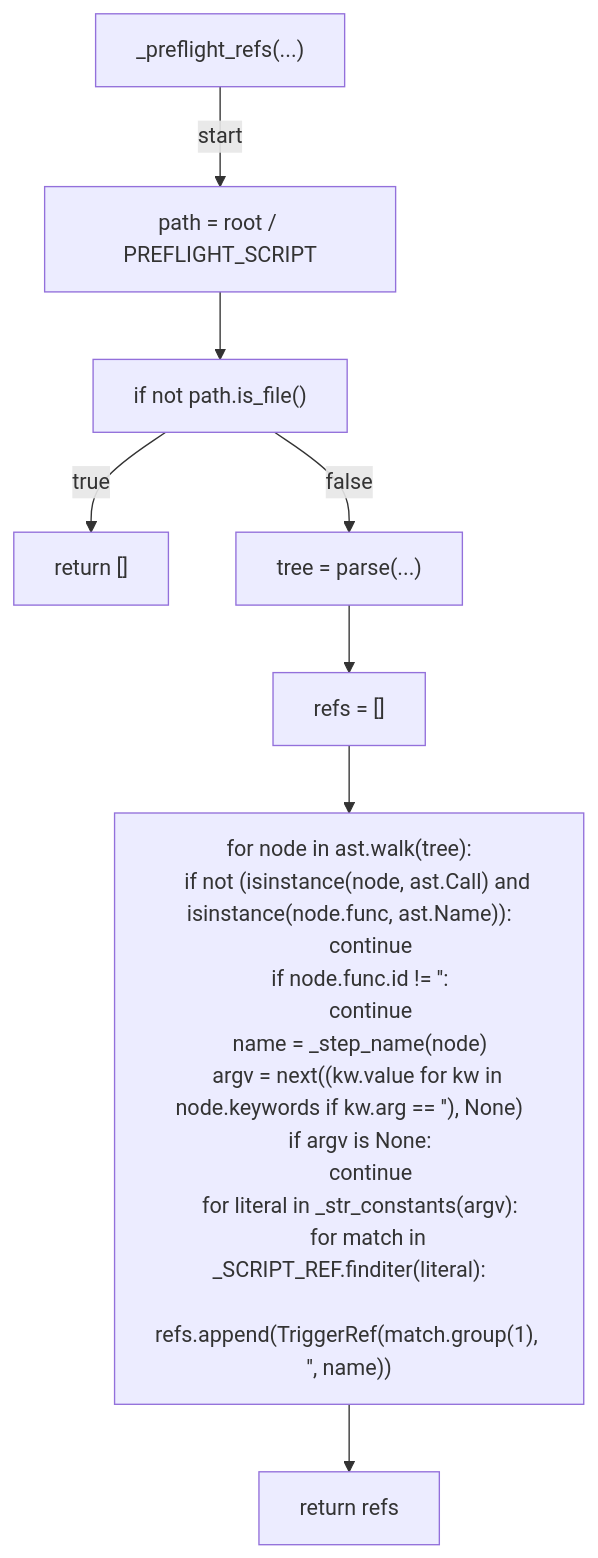
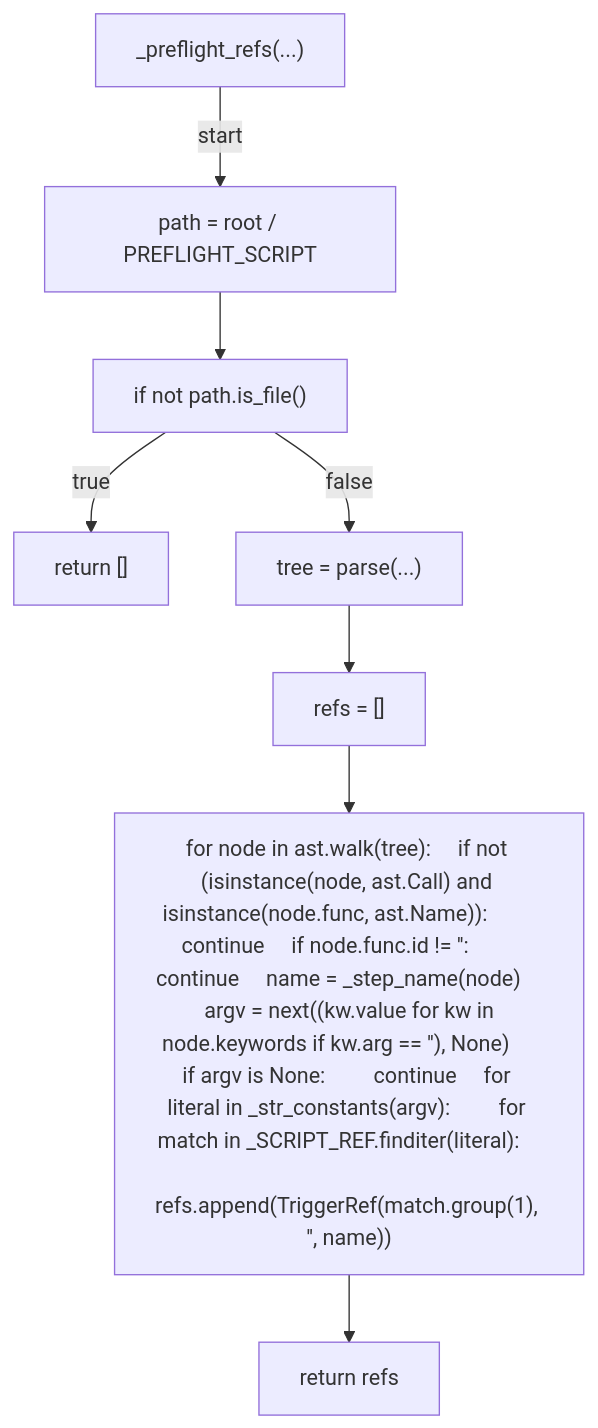
The sixth of 15 diagrams in docs/generated/scripts/ast/script_trigger_map.md (tvna/claude-md), drawn with Mermaid before and after one commit. The commit also changed other lines of this file and 23 other files, not shown here.

First line of the commit message:
docs(generated): regenerate decision tree and workflow diagrams (batch 4/5)

````diff
--- a/docs/generated/scripts/ast/script_trigger_map.md
+++ b/docs/generated/scripts/ast/script_trigger_map.md
@@ -122,29 +88,18 @@
 ```mermaid
 flowchart TD
     N001["_preflight_refs(...)"]
     N002["path = root / PREFLIGHT_SCRIPT"]
     N003["if not path.is_file()"]
     N004["return []"]
     N005["tree = parse(...)"]
     N006["refs = []"]
-    N007["for node in ast.walk(tree):
-    if not (isinstance(node, ast.Call) and isinstance(node.func, ast.Name)):
-        continue
-    if node.func.id != '<str>':
-        continue
-    name = _step_name(node)
-    argv = next((kw.value for kw in node.keywords if kw.arg == '<str>'), None)
-    if argv is None:
-        continue
-    for literal in _str_constants(argv):
-        for match in _SCRIPT_REF.finditer(literal):
-            refs.append(TriggerRef(match.group(1), '<str>', name))"]
+    N007["for node in ast.walk(tree):     if not (isinstance(node, ast.Call) and isinstance(node.func, ast.Name)):         continue     if node.func.id != '<str>':         continue     name = _step_name(node)     argv = next((kw.value for kw in node.keywords if kw.arg == '<str>'), None)     if argv is None:         continue     for literal in _str_constants(argv):         for match in _SCRIPT_REF.finditer(literal):             refs.append(TriggerRef(match.group(1), '<str>', name))"]
     N008["return refs"]
     N001 -->|"start"| N002
     N002 --> N003
     N003 -->|"true"| N004
     N003 -->|"false"| N005
     N005 --> N006
     N006 --> N007
     N007 --> N008
 ```
````
